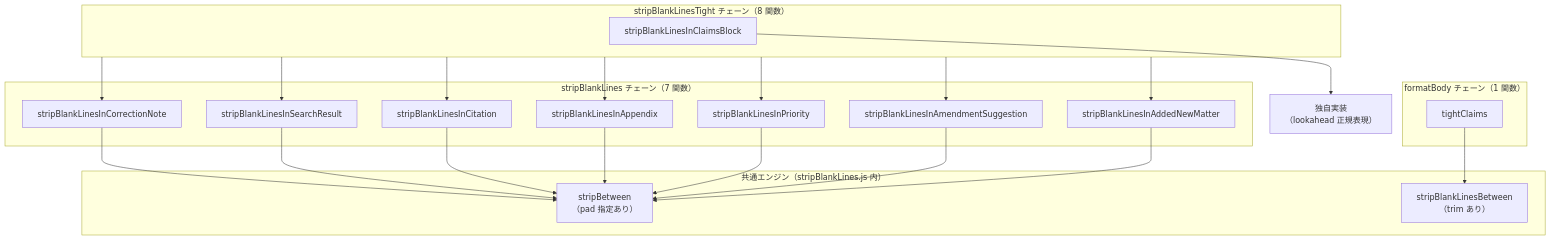
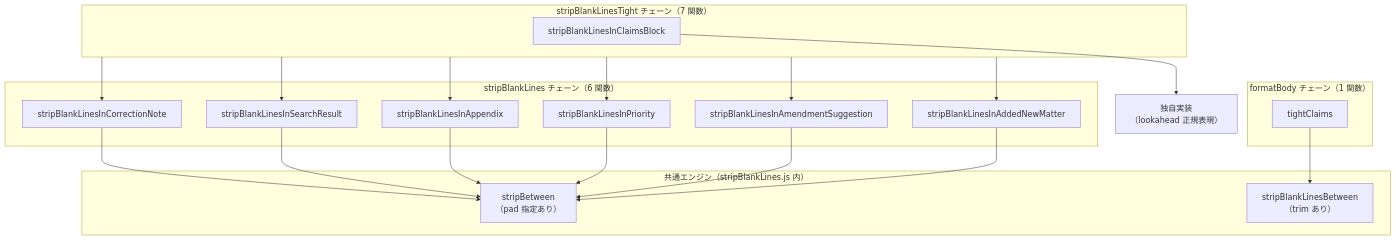
The diagram in js/stripBlankLines.md (tmusimesabaoi4i/Patent_Decision_Document_Converter_v2), drawn with Mermaid before and after one commit. The commit also changed other lines of this file and 6 other files, not shown here.

First line of the commit message:
Remove the citation blank-line stripping feature entirely

````diff
--- a/js/stripBlankLines.md
+++ b/js/stripBlankLines.md
@@ -10,30 +10,29 @@
 ```mermaid
 flowchart TD
   subgraph engines["共通エンジン（stripBlankLines.js 内）"]
     SB["stripBetween<br>（pad 指定あり）"]
     SBB["stripBlankLinesBetween<br>（trim あり）"]
   end
 
-  subgraph stripChain["stripBlankLines チェーン（7 関数）"]
+  subgraph stripChain["stripBlankLines チェーン（6 関数）"]
     F1["stripBlankLinesInCorrectionNote"]
     F2["stripBlankLinesInSearchResult"]
-    F3["stripBlankLinesInCitation"]
     F4["stripBlankLinesInAppendix"]
     F5["stripBlankLinesInPriority"]
     F6["stripBlankLinesInAmendmentSuggestion"]
     F7["stripBlankLinesInAddedNewMatter"]
   end
 
-  subgraph stripTightChain["stripBlankLinesTight チェーン（8 関数）"]
+  subgraph stripTightChain["stripBlankLinesTight チェーン（7 関数）"]
     F8["stripBlankLinesInClaimsBlock"]
   end
 
   subgraph formatBodyChain["formatBody チェーン（1 関数）"]
     TC["tightClaims"]
   end
 
-  F1 & F2 & F3 & F4 & F5 & F6 & F7 --> SB
-  stripTightChain --> F1 & F2 & F3 & F4 & F5 & F6 & F7
+  F1 & F2 & F4 & F5 & F6 & F7 --> SB
+  stripTightChain --> F1 & F2 & F4 & F5 & F6 & F7
   F8 --> CLB["独自実装<br>（lookahead 正規表現）"]
   TC --> SBB
 ```
````
